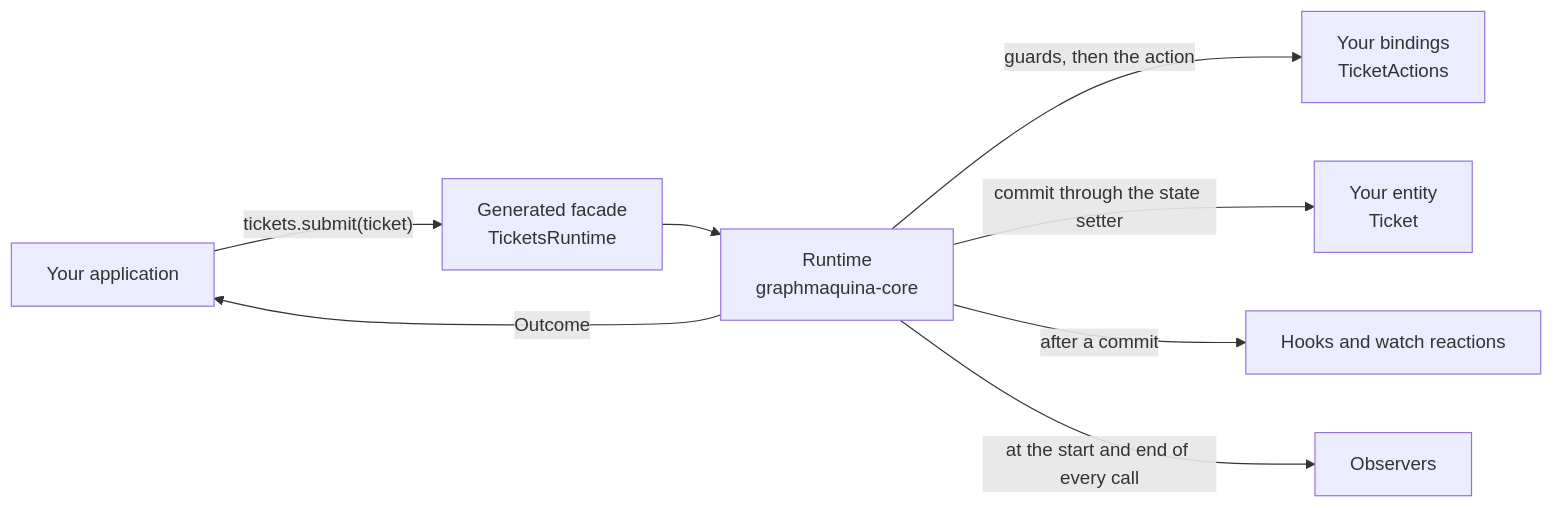
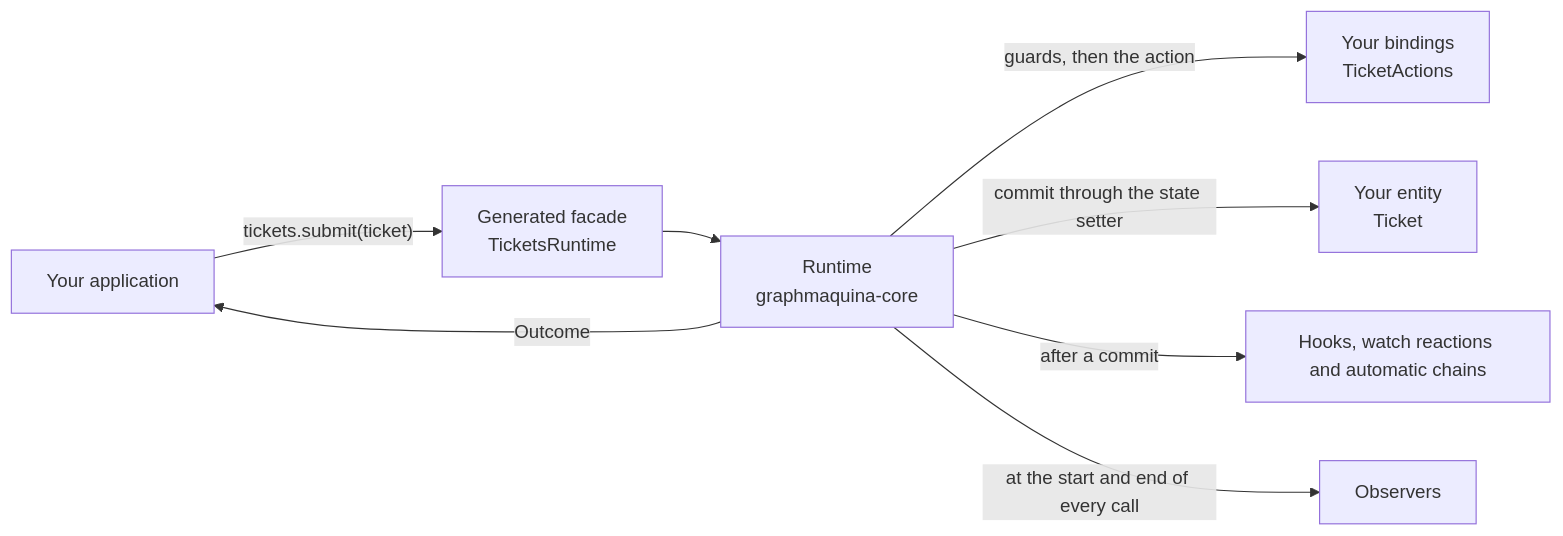
One commit to graphmaquina/graphmaquina changed the diagram in docs/guide.md. Above: the diagram before and after it, drawn with Mermaid. The commit also changed other lines of this file and 62 other files, not shown here.

Commit message:
Chain automatic attempts after each commit

````diff
--- a/docs/guide.md
+++ b/docs/guide.md
@@ -62,10 +62,10 @@
 ```mermaid
 flowchart LR
     app["Your application"] -- "tickets.submit(ticket)" --> facade["Generated facade<br/>TicketsRuntime"]
     facade --> engine["Runtime<br/>graphmaquina-core"]
     engine -- "guards, then the action" --> bindings["Your bindings<br/>TicketActions"]
     engine -- "commit through the state setter" --> entity["Your entity<br/>Ticket"]
-    engine -- "after a commit" --> after["Hooks and watch reactions"]
+    engine -- "after a commit" --> after["Hooks, watch reactions and automatic chains"]
     engine -- "at the start and end of every call" --> observers["Observers"]
     engine -- "Outcome" --> app
 ```
````
